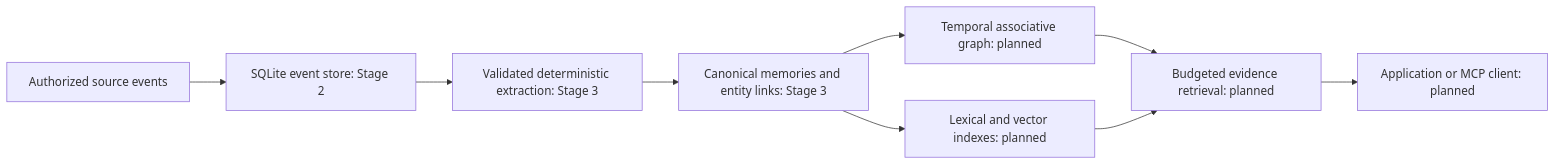
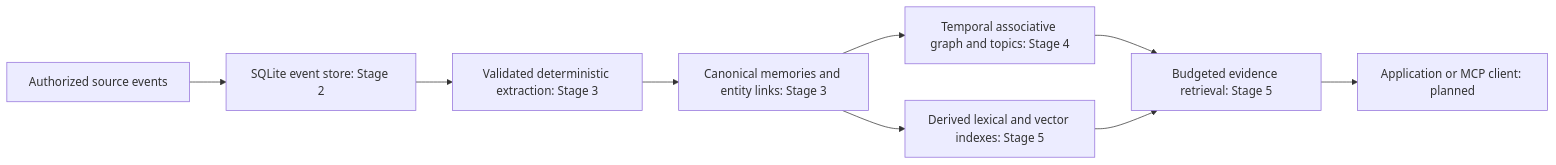
The diagram in docs/architecture.md (hamzah105/OOMP), drawn with Mermaid before and after one commit. The commit also changed other lines of this file and 53 other files, not shown here.

````diff
--- a/docs/architecture.md
+++ b/docs/architecture.md
@@ -7,11 +7,11 @@
 ```mermaid
 flowchart LR
     A[Authorized source events] --> B[SQLite event store: Stage 2]
     B --> C[Validated deterministic extraction: Stage 3]
     C --> D[Canonical memories and entity links: Stage 3]
-    D --> E[Temporal associative graph: planned]
-    D --> F[Lexical and vector indexes: planned]
-    E --> G[Budgeted evidence retrieval: planned]
+    D --> E[Temporal associative graph and topics: Stage 4]
+    D --> F[Derived lexical and vector indexes: Stage 5]
+    E --> G[Budgeted evidence retrieval: Stage 5]
     F --> G
     G --> H[Application or MCP client: planned]
 ```
````
